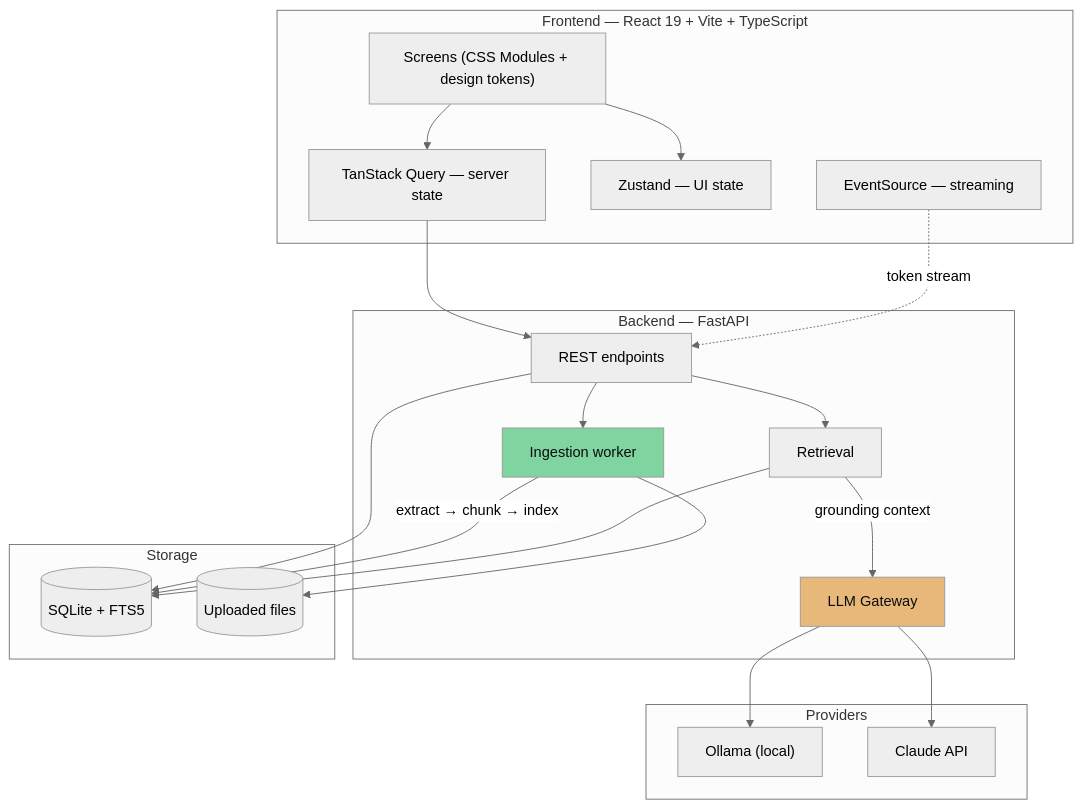
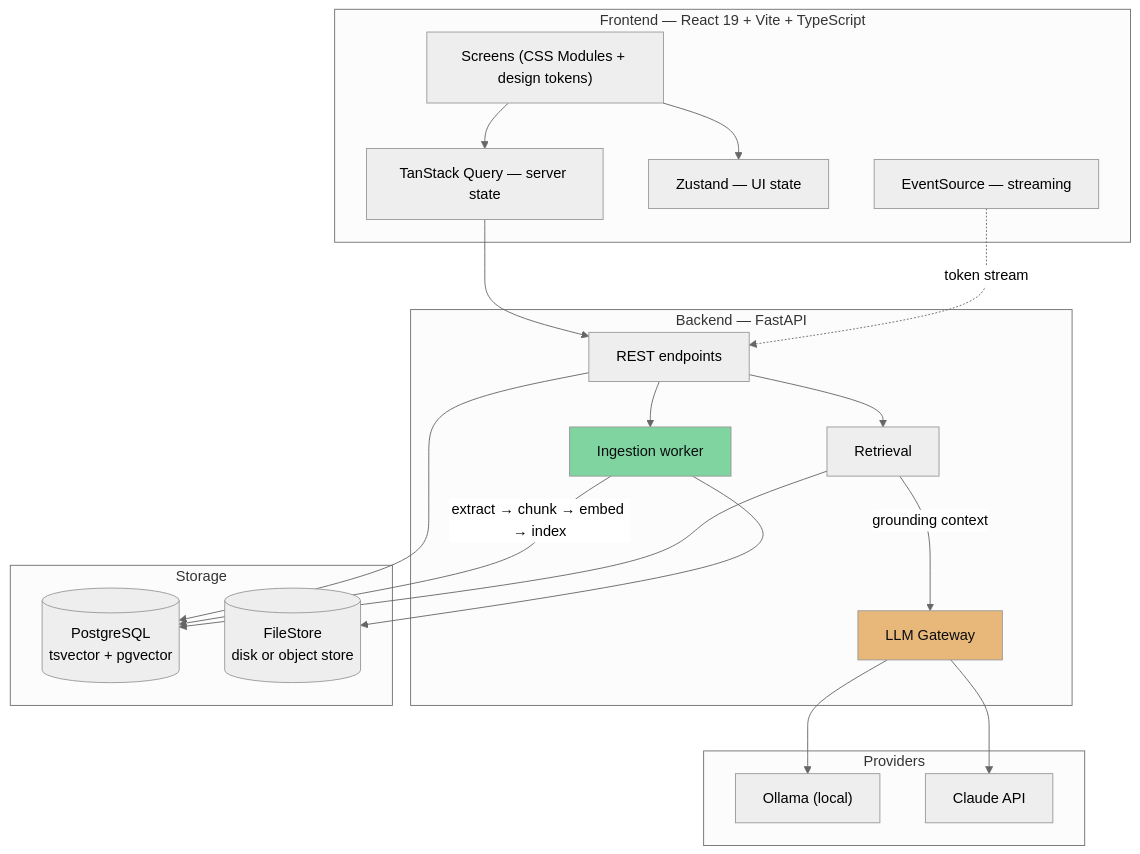
The first of 4 diagrams in docs/architecture.md (PiotrMieszczak/dm_assistant), drawn with Mermaid (neutral theme) before and after one commit. The commit also changed other lines of this file and 14 other files, not shown here.

First line of the commit message:
feat(storage): move to PostgreSQL and hybrid retrieval

````diff
--- a/docs/architecture.md
+++ b/docs/architecture.md
@@ -9,43 +9,43 @@
 ```mermaid
 flowchart TB
     subgraph FE["Frontend — React 19 + Vite + TypeScript"]
         UI["Screens (CSS Modules + design tokens)"]
         RQ["TanStack Query — server state"]
         ZS["Zustand — UI state"]
         SSE["EventSource — streaming"]
     end
 
     subgraph BE["Backend — FastAPI"]
         API["REST endpoints"]
         ING["Ingestion worker"]
         RET["Retrieval"]
         GW["LLM Gateway"]
     end
 
     subgraph EXT["Providers"]
         OL["Ollama (local)"]
         CL["Claude API"]
     end
 
     subgraph DATA["Storage"]
-        DB[("SQLite + FTS5")]
-        FS[("Uploaded files")]
+        DB[("PostgreSQL<br/>tsvector + pgvector")]
+        FS[("FileStore<br/>disk or object store")]
     end
 
     UI --> RQ --> API
     UI --> ZS
     SSE -.->|"token stream"| API
 
     API --> DB
     API --> ING
-    ING -->|"extract → chunk → index"| DB
+    ING -->|"extract → chunk → embed → index"| DB
     ING --> FS
 
     API --> RET --> DB
     RET -->|"grounding context"| GW
     GW --> OL
     GW --> CL
 
     style ING fill:#7FD4A0,color:#0A0C0F
     style GW fill:#E8B87A,color:#0A0C0F
 ```
````
